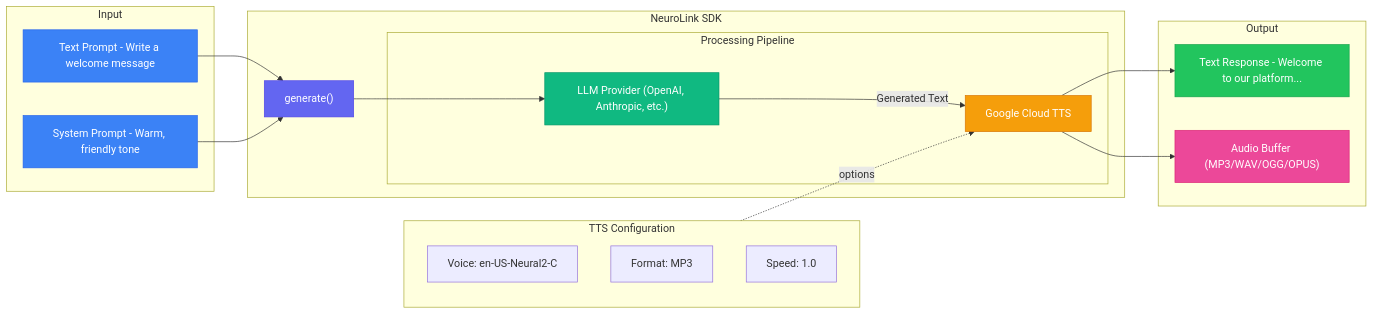
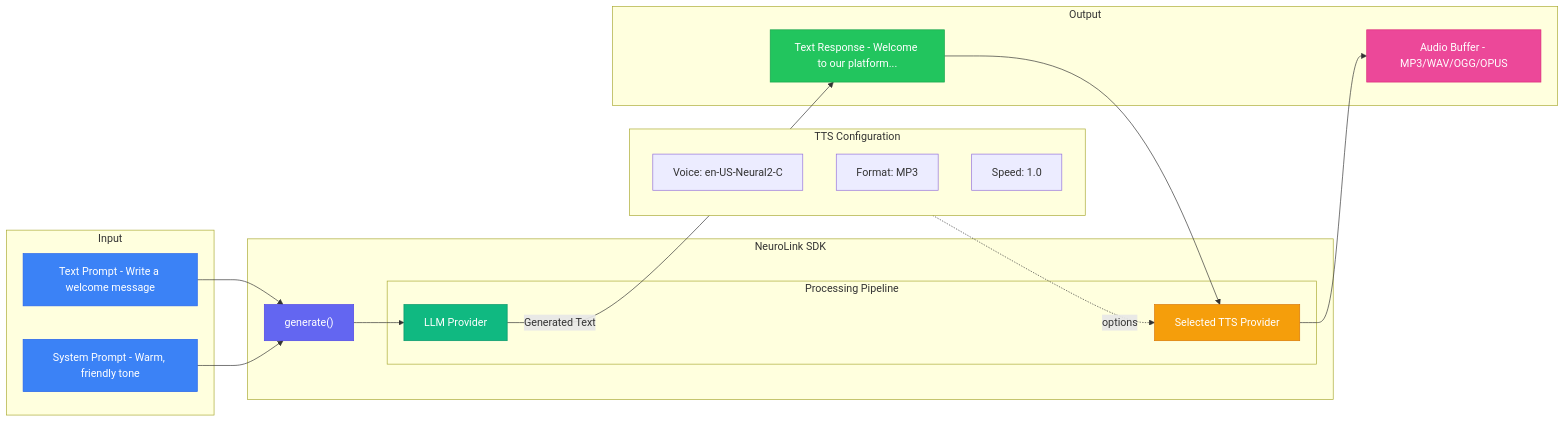
Before and after one commit to juspay/neurolink-blog: the first of 4 diagrams in _posts/2025-12-20-tts-integration-guide.md, drawn with Mermaid. The commit also changed other lines of this file and 172 other files, not shown here.

````diff
--- a/_posts/2025-12-20-tts-integration-guide.md
+++ b/_posts/2025-12-20-tts-integration-guide.md
@@ -22,44 +25,44 @@
 ```mermaid
 flowchart LR
     subgraph Input["Input"]
         TXT["Text Prompt - Write a welcome message"]
         SYS["System Prompt - Warm, friendly tone"]
     end
 
     subgraph NeuroLink["NeuroLink SDK"]
         GEN["generate()"]
 
         subgraph Processing["Processing Pipeline"]
-            LLM["LLM Provider (OpenAI, Anthropic, etc.)"]
-            TTS["Google Cloud TTS"]
+            LLM["LLM Provider"]
+            TTS["Selected TTS Provider"]
         end
     end
 
     subgraph TTSConfig["TTS Configuration"]
         VOICE["Voice: en-US-Neural2-C"]
         FMT["Format: MP3"]
         SPD["Speed: 1.0"]
     end
 
     subgraph Output["Output"]
         RESP["Text Response - Welcome to our platform..."]
-        AUDIO["Audio Buffer (MP3/WAV/OGG/OPUS)"]
+        AUDIO["Audio Buffer - MP3/WAV/OGG/OPUS"]
     end
 
     TXT --> GEN
     SYS --> GEN
     TTSConfig -.->|"options"| TTS
 
     GEN --> LLM
-    LLM -->|"Generated Text"| TTS
-    TTS --> RESP
+    LLM -->|"Generated Text"| RESP
+    RESP --> TTS
     TTS --> AUDIO
 
     style TXT fill:#3b82f6,stroke:#2563eb,color:#fff
     style SYS fill:#3b82f6,stroke:#2563eb,color:#fff
     style GEN fill:#6366f1,stroke:#4f46e5,color:#fff
     style LLM fill:#10b981,stroke:#059669,color:#fff
     style TTS fill:#f59e0b,stroke:#d97706,color:#fff
     style RESP fill:#22c55e,stroke:#16a34a,color:#fff
     style AUDIO fill:#ec4899,stroke:#db2777,color:#fff
 ```
````
